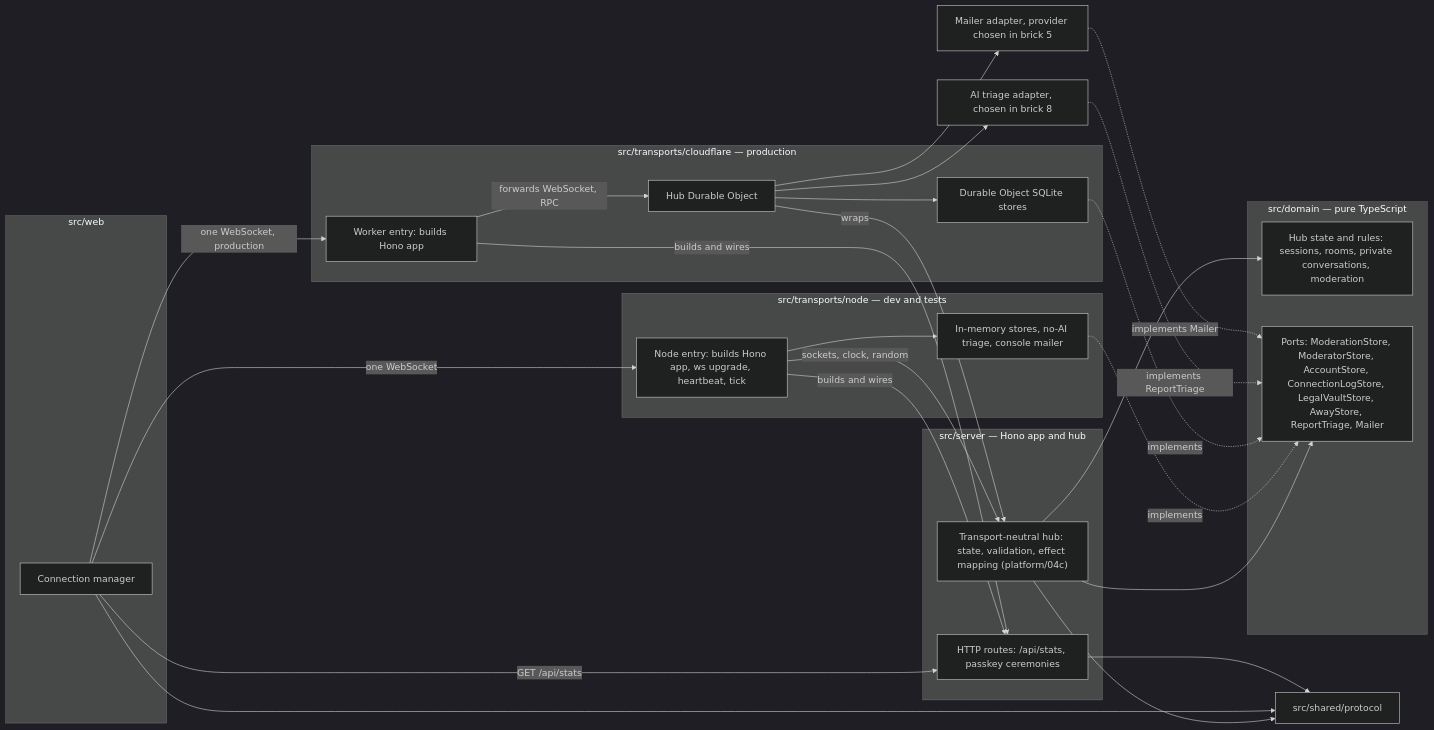
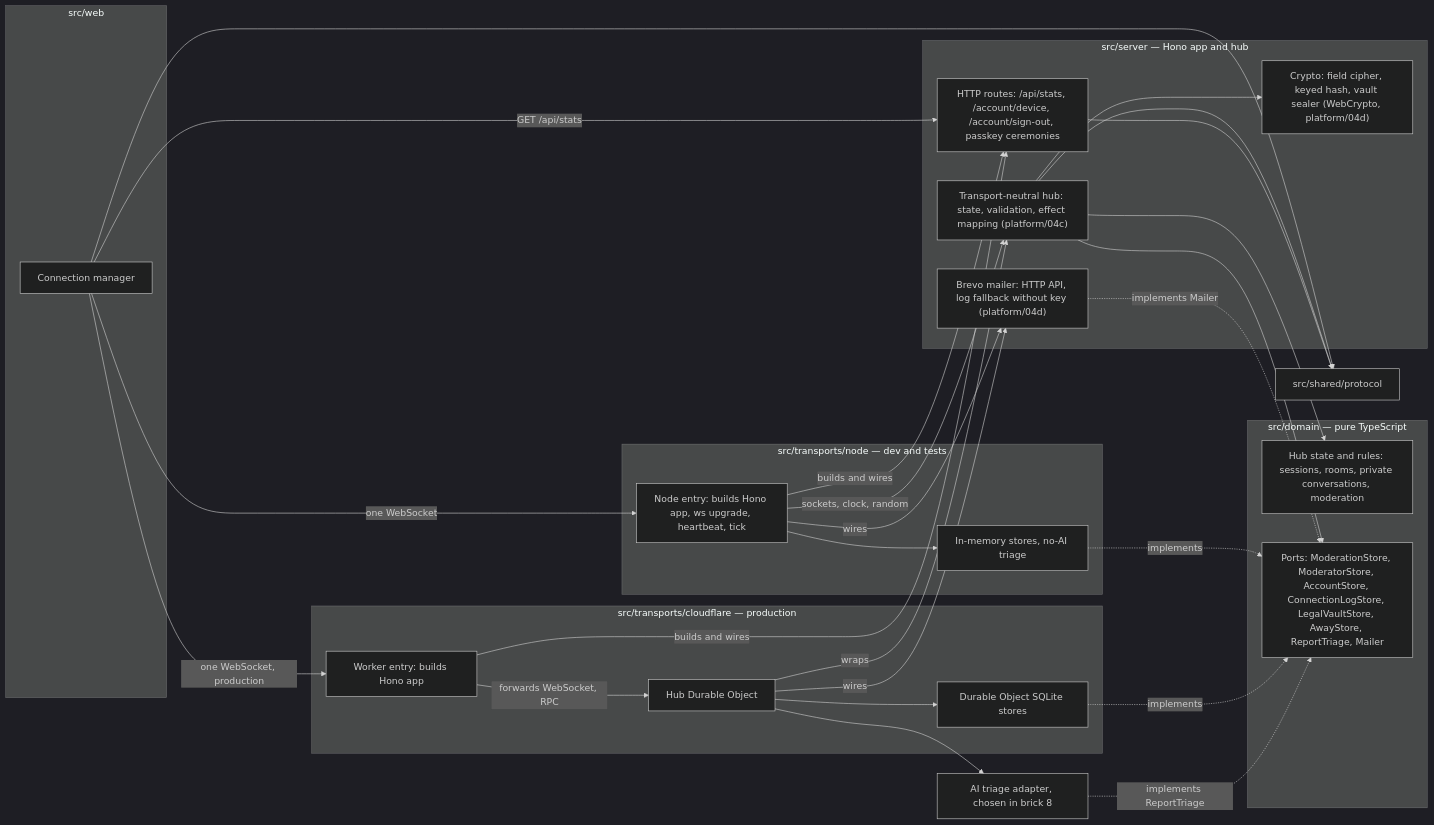
Before and after one commit to benoit-bremaud/asv: the diagram in docs/architecture/diagrams/platform/03-component.md, drawn with Mermaid (dark theme). The commit also changed other lines of this file and 63 other files, not shown here.

First line of the commit message:
feat(accounts): brick 5 — e-mail code sign-in, device cookie, encryption at rest (#33)

````diff
--- a/docs/architecture/diagrams/platform/03-component.md
+++ b/docs/architecture/diagrams/platform/03-component.md
@@ -14,47 +14,50 @@
 ```mermaid
 flowchart LR
   subgraph Web ["src/web"]
     Conn["Connection manager"]
   end
   Shared["src/shared/protocol"]
   subgraph Server ["src/server — Hono app and hub"]
-    Routes["HTTP routes: /api/stats, passkey ceremonies"]
+    Routes["HTTP routes: /api/stats, /account/device, /account/sign-out, passkey ceremonies"]
+    Crypto["Crypto: field cipher, keyed hash, vault sealer (WebCrypto, platform/04d)"]
+    MailAdapter["Brevo mailer: HTTP API, log fallback without key (platform/04d)"]
     Hub["Transport-neutral hub: state, validation, effect mapping (platform/04c)"]
   end
   subgraph Domain ["src/domain — pure TypeScript"]
     Core["Hub state and rules: sessions, rooms, private conversations, moderation"]
     Ports["Ports: ModerationStore, ModeratorStore, AccountStore, ConnectionLogStore, LegalVaultStore, AwayStore, ReportTriage, Mailer"]
   end
   subgraph NodeT ["src/transports/node — dev and tests"]
     NodeMain["Node entry: builds Hono app, ws upgrade, heartbeat, tick"]
-    NodeStore["In-memory stores, no-AI triage, console mailer"]
+    NodeStore["In-memory stores, no-AI triage"]
   end
   subgraph CfT ["src/transports/cloudflare — production"]
     WorkerEntry["Worker entry: builds Hono app"]
     HubDO["Hub Durable Object"]
     Sqlite["Durable Object SQLite stores"]
   end
   AIAdapter["AI triage adapter, chosen in brick 8"]
-  MailAdapter["Mailer adapter, provider chosen in brick 5"]
   Conn -->|"one WebSocket"| NodeMain
   Conn -->|"one WebSocket, production"| WorkerEntry
   Conn -->|"GET /api/stats"| Routes
   Hub --> Shared
   Hub --> Core
   Hub --> Ports
   Conn --> Shared
   Routes --> Shared
   NodeMain -->|"builds and wires"| Routes
   WorkerEntry -->|"builds and wires"| Routes
   NodeMain -->|"sockets, clock, random"| Hub
   WorkerEntry -->|"forwards WebSocket, RPC"| HubDO
   HubDO -->|"wraps"| Hub
   NodeStore -.->|"implements"| Ports
   Sqlite -.->|"implements"| Ports
   AIAdapter -.->|"implements ReportTriage"| Ports
   MailAdapter -.->|"implements Mailer"| Ports
-  HubDO --> MailAdapter
+  Hub --> Crypto
+  NodeMain -->|"wires"| MailAdapter
+  HubDO -->|"wires"| MailAdapter
   NodeMain --> NodeStore
   HubDO --> Sqlite
   HubDO --> AIAdapter
 ```
````
